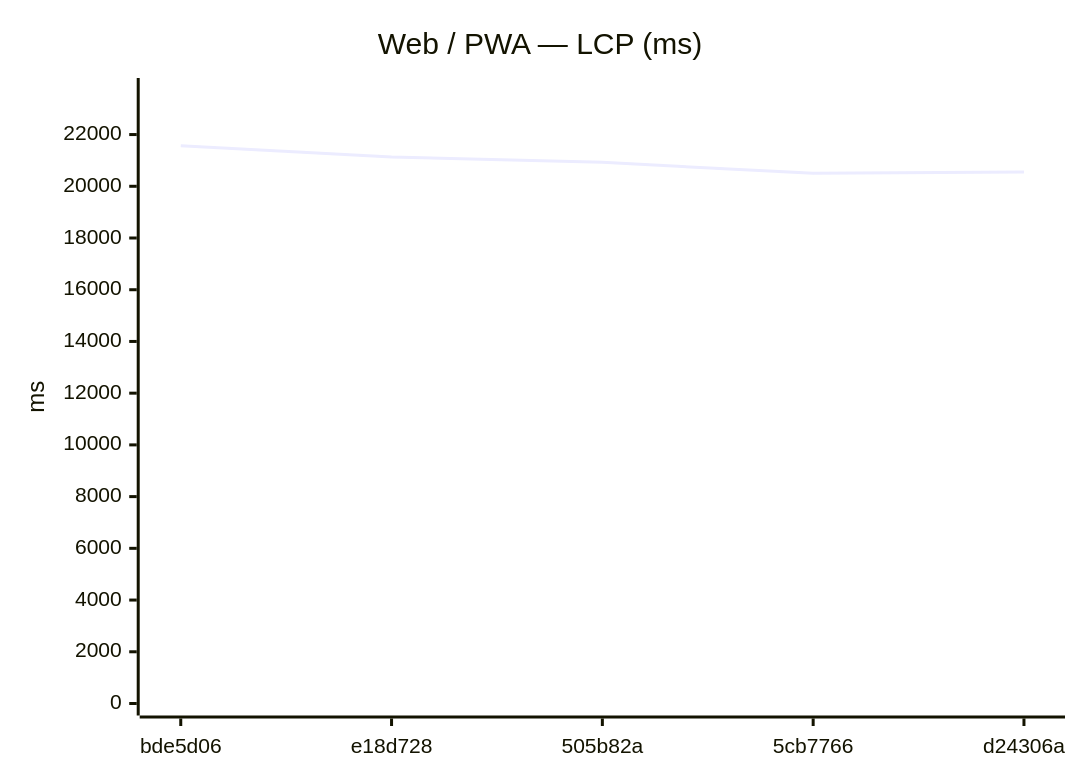
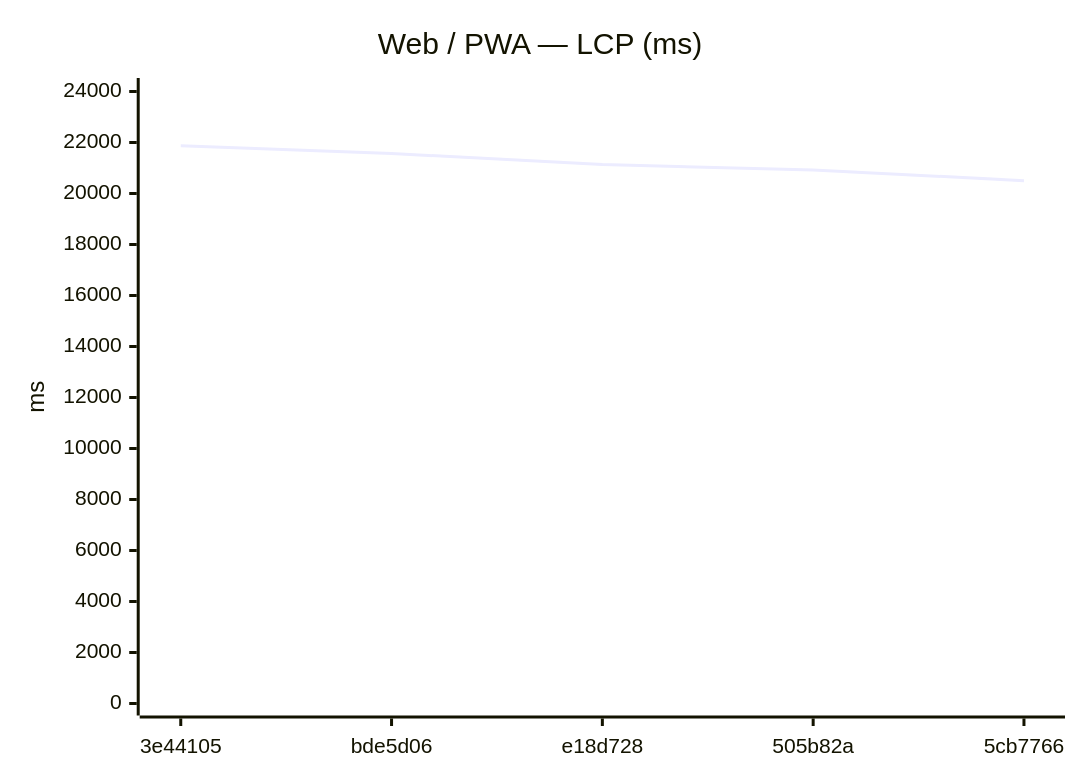
The seventh of 18 diagrams in benchmarks/compare.md (Metaheurist/Rianell), drawn with Mermaid before and after one commit. The commit also changed other lines of this file and 11 other files, not shown here.

````diff
--- a/benchmarks/compare.md
+++ b/benchmarks/compare.md
@@ -117,7 +117,7 @@
 ```mermaid
 xychart-beta
     title "Web / PWA — LCP (ms)"
-    x-axis ["bde5d06", "e18d728", "505b82a", "5cb7766", "d24306a"]
-    y-axis "ms" 0 --> 23723
-    line [21566, 21132, 20925, 20504, 20549]
+    x-axis ["3e44105", "bde5d06", "e18d728", "505b82a", "5cb7766"]
+    y-axis "ms" 0 --> 24058
+    line [21870, 21566, 21132, 20925, 20504]
 ```
````
